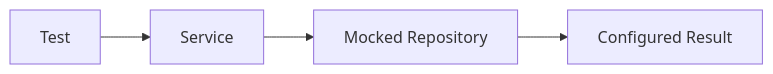
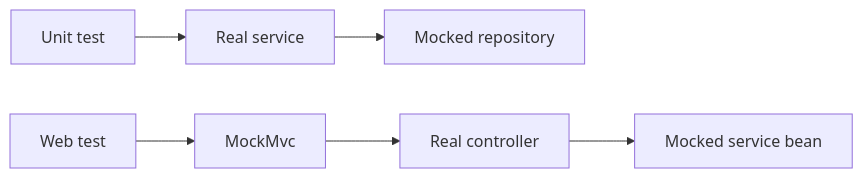
Before and after one commit to bigois/java-101: the first of 2 diagrams in app/src/main/java/br/com/bigois/mockitoinject/README.md, drawn with Mermaid. The commit also changed other lines of this file, not shown here.

````diff
--- a/app/src/main/java/br/com/bigois/mockitoinject/README.md
+++ b/app/src/main/java/br/com/bigois/mockitoinject/README.md
@@ -29,5 +25,5 @@
 ```mermaid
 flowchart LR
-    Test --> Service --> MockRepository["Mocked Repository"]
-    MockRepository --> Result["Configured Result"]
+    UnitTest["Unit test"] --> Service["Real service"] --> MockRepository["Mocked repository"]
+    WebTest["Web test"] --> MockMvc --> WebController["Real controller"] --> WebMock["Mocked service bean"]
 ```
````
